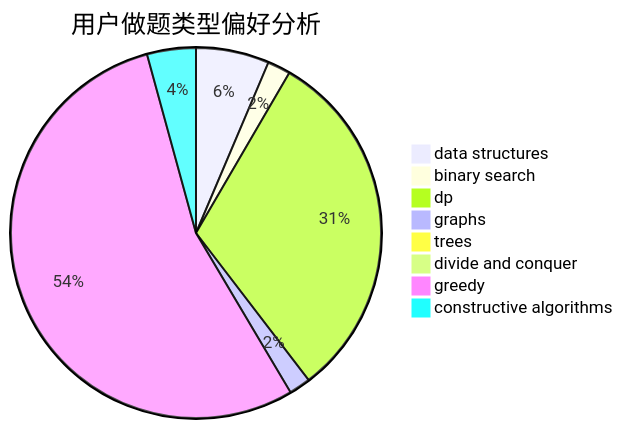
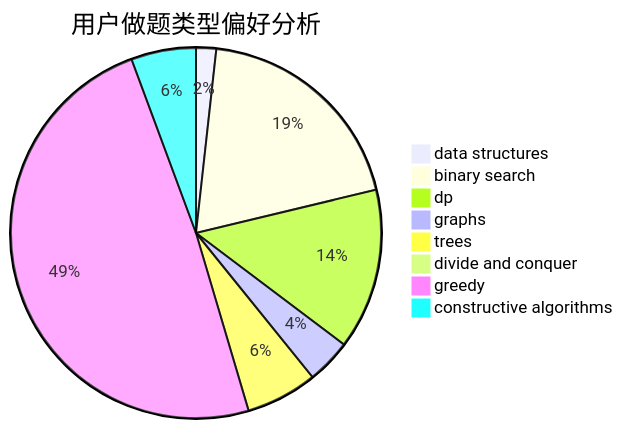
The second of 3 diagrams in docs/user/u2504.md (sherpahu/cfrs.github.io), drawn with Mermaid before and after one commit. The commit also changed other lines of this file and 2770 other files, not shown here.

````diff
--- a/docs/user/u2504.md
+++ b/docs/user/u2504.md
@@ -23,11 +23,11 @@
 ```mermaid
 pie title 用户做题类型偏好分析
-    "data structures" :  51
-    "binary search" :  16
-    "dp" :  249
-    "graphs" :  15
-    "trees" :  8
+    "data structures" :  9
+    "binary search" :  100
+    "dp" :  72
+    "graphs" :  20
+    "trees" :  32
     "divide and conquer" :  0
-    "greedy" :  433
-    "constructive algorithms" :  34
+    "greedy" :  251
+    "constructive algorithms" :  29
 ```
````
